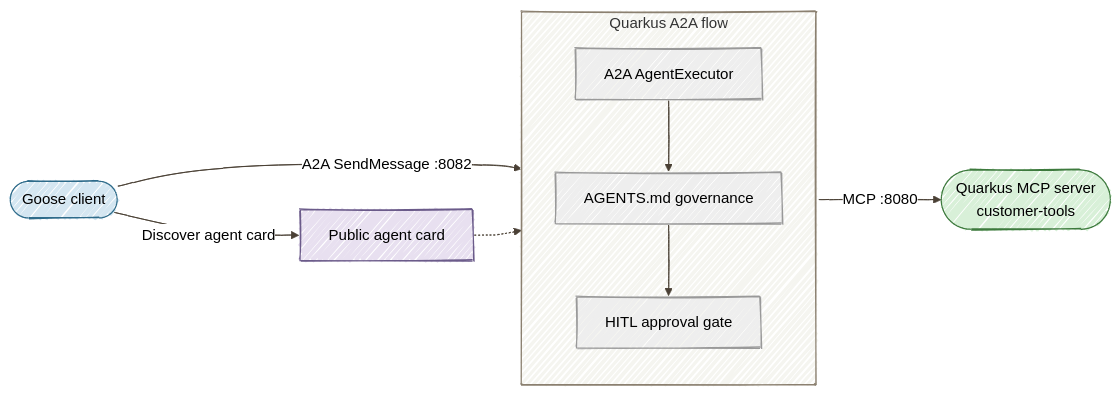
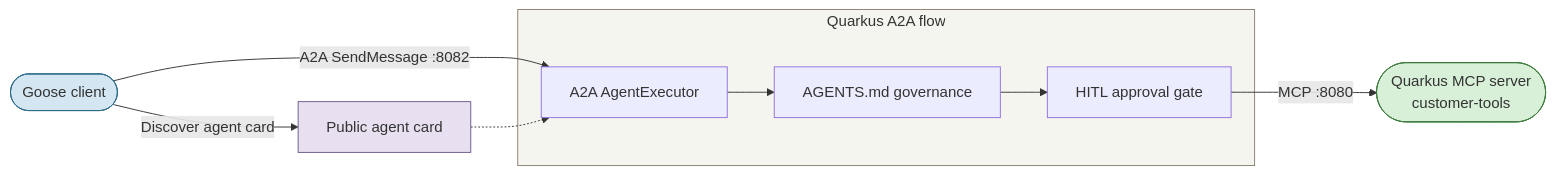
One commit to danieloh30/governed-agent-platform changed the first of 2 diagrams in docs/tutorials/04-multi-agent-governance.md. Above: the diagram before and after it, drawn with Mermaid. The commit also changed other lines of this file, not shown here.

Commit message:
Fix Mermaid diagrams in multi-agent tutorial

````diff
--- a/docs/tutorials/04-multi-agent-governance.md
+++ b/docs/tutorials/04-multi-agent-governance.md
@@ -48,20 +48,19 @@
 ```mermaid
-%%{init: {'look':'handDrawn','theme':'neutral','themeVariables': {'lineColor':'#4A4035'}}}%%
 flowchart LR
-    G([Goose client]) -->|Discover agent card| CARD[Public agent card]
-    G -->|A2A SendMessage :8082| FLOW
-    FLOW -->|MCP :8080| MCP([Quarkus MCP server<br/>customer-tools])
+    G([Goose client]) -->|Discover agent card| CARD["Public agent card"]
+    G -->|A2A SendMessage :8082| EXEC
 
-    subgraph FLOW[Quarkus A2A flow]
-        EXEC[A2A AgentExecutor]
-        GOV[AGENTS.md governance]
-        HITL[HITL approval gate]
+    subgraph QFLOW["Quarkus A2A flow"]
+        EXEC["A2A AgentExecutor"]
+        GOV["AGENTS.md governance"]
+        HITL["HITL approval gate"]
         EXEC --> GOV --> HITL
     end
 
-    CARD -.-> FLOW
+    HITL -->|MCP :8080| MCP(["Quarkus MCP server<br/>customer-tools"])
+    CARD -.-> EXEC
     style G fill:#D4E6F1,stroke:#2E6B8A
-    style FLOW fill:#F5F5F0,stroke:#8B8070
+    style QFLOW fill:#F5F5F0,stroke:#8B8070
     style CARD fill:#E8E0F0,stroke:#6B5B8A
     style MCP fill:#D8F0D8,stroke:#3D7A3D
 ```
````
